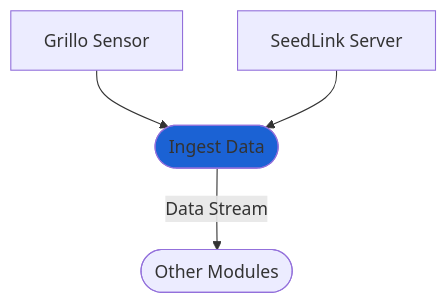
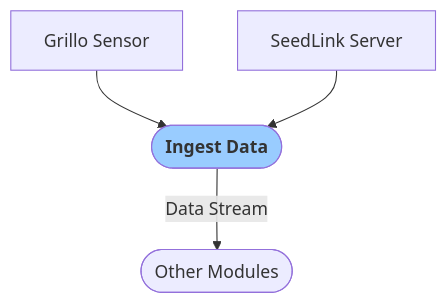
Before and after one commit to grillo/grillo-docs: the diagram in docs/grillo-console/modules/data_management_modules/ingest_data.md, drawn with Mermaid. The commit also changed other lines of this file and 38 other files, not shown here.

````diff
--- a/docs/grillo-console/modules/data_management_modules/ingest_data.md
+++ b/docs/grillo-console/modules/data_management_modules/ingest_data.md
@@ -9,5 +9,5 @@
 ```mermaid
 flowchart TB
-   A[Grillo Sensor] & B[SeedLink Server] --> Cp([Ingest Data]) -->|Data Stream| D([Other Modules]) 
-   style Cp fill:#1b62d4
+   A[Grillo Sensor] & B[SeedLink Server] --> Cp([<font color=333333><b>Ingest Data</b>]) -->|Data Stream| D([Other Modules]) 
+   style Cp fill:#99CCFF
 ```
````
